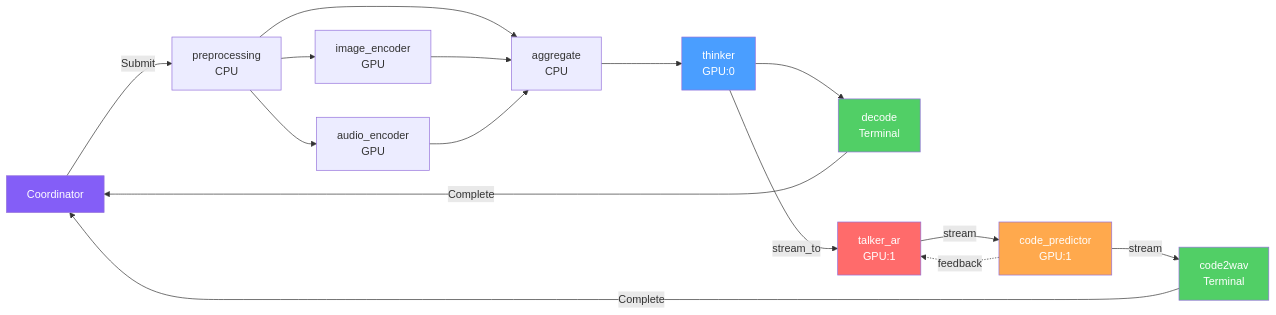
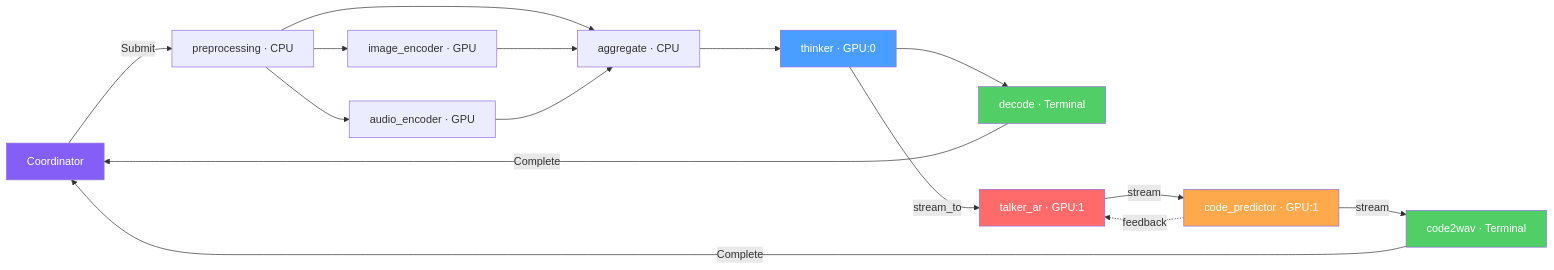
The sixth of 27 diagrams in sglang/sglang-omni/README.md (zhaochenyang20/Awesome-ML-SYS-Tutorial), drawn with Mermaid before and after one commit. The commit also changed other lines of this file, not shown here.

First line of the commit message:
docs(sglang-omni): use single-line mermaid labels and redraw multi-model diagram with subgraphs

````diff
--- a/sglang/sglang-omni/README.md
+++ b/sglang/sglang-omni/README.md
@@ -284,29 +305,20 @@
 ```mermaid
 graph LR
-    CO["Coordinator"] -- "Submit" --> Pre["`preprocessing
-CPU`"]
-    Pre --> IE["`image_encoder
-GPU`"] & AE["`audio_encoder
-GPU`"]
-    Pre & IE & AE --> Agg["`aggregate
-CPU`"]
-    Agg --> Th["`thinker
-GPU:0`"]
-    Th --> Dec["`decode
-Terminal`"]
-    Th -- "stream_to" --> Tk["`talker_ar
-GPU:1`"]
-    Tk -- "stream" --> CP["`code_predictor
-GPU:1`"]
-    CP -- "stream" --> CW["`code2wav
-Terminal`"]
+    CO["Coordinator"] -- "Submit" --> Pre["preprocessing · CPU"]
+    Pre --> IE["image_encoder · GPU"] & AE["audio_encoder · GPU"]
+    Pre & IE & AE --> Agg["aggregate · CPU"]
+    Agg --> Th["thinker · GPU:0"]
+    Th --> Dec["decode · Terminal"]
+    Th -- "stream_to" --> Tk["talker_ar · GPU:1"]
+    Tk -- "stream" --> CP["code_predictor · GPU:1"]
+    CP -- "stream" --> CW["code2wav · Terminal"]
     CP -. "feedback" .-> Tk
     Dec & CW -- "Complete" --> CO
 
     style CO fill:#845ef7,color:#fff
     style Th fill:#4a9eff,color:#fff
     style Tk fill:#ff6b6b,color:#fff
     style CP fill:#ffa94d,color:#fff
     style Dec fill:#51cf66,color:#fff
     style CW fill:#51cf66,color:#fff
 ```
````
